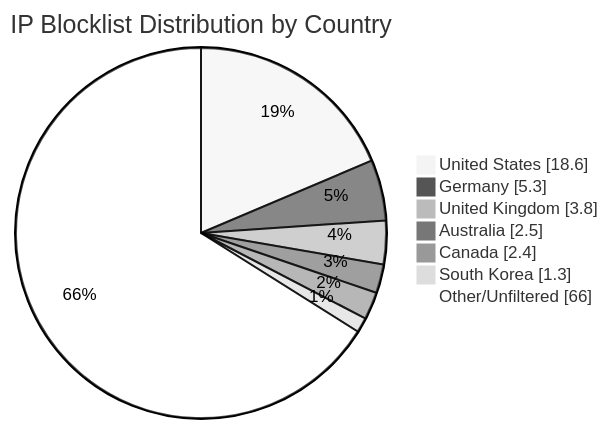
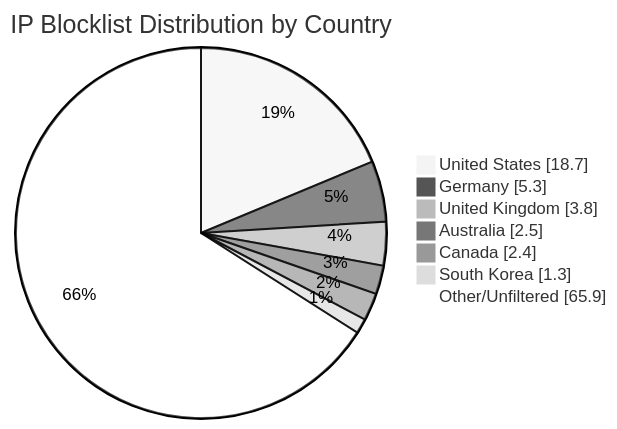
The diagram in README.md (MarcusHoltz/ipblocklist-geofiltered-aggregator), drawn with Mermaid (neutral theme) before and after one commit. The commit also changed other lines of this file and 9 other files, not shown here.

````diff
--- a/README.md
+++ b/README.md
@@ -34,10 +34,10 @@
 ```mermaid
 pie showData title IP Blocklist Distribution by Country
-"United States" : 18.6
+"United States" : 18.7
 "Germany" : 5.3
 "United Kingdom" : 3.8
 "Australia" : 2.5
 "Canada" : 2.4
 "South Korea" : 1.3
-"Other/Unfiltered" : 66.0
+"Other/Unfiltered" : 65.9
 ```
````
